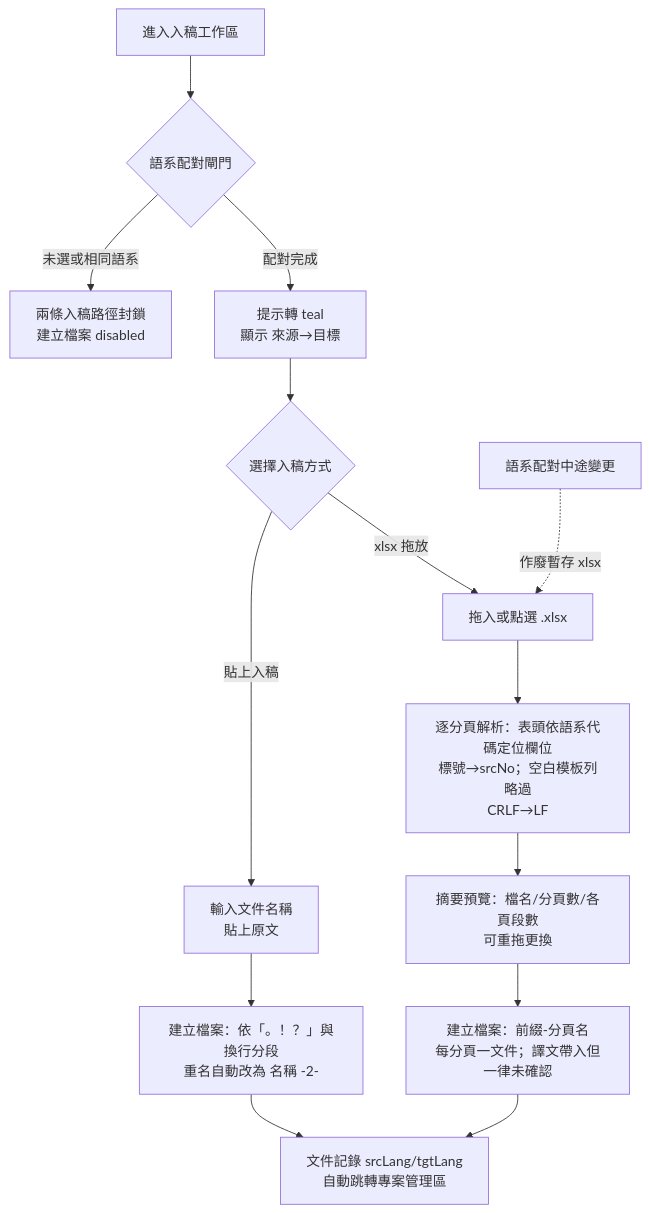
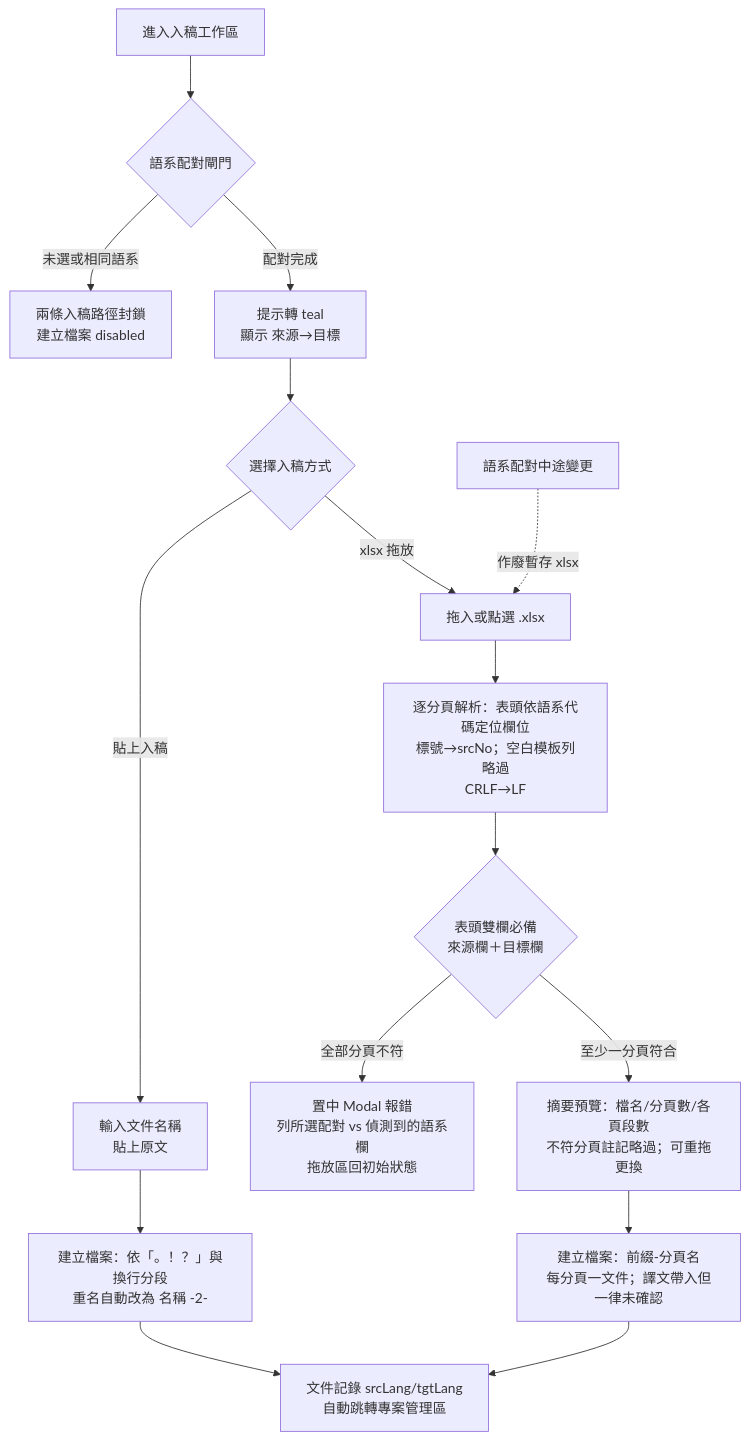
One commit to KOMATSUPEI2026/CatTool changed the first of 7 diagrams in docs/cat-tool-flowcharts.md. Above: the diagram before and after it, drawn with Mermaid. The commit also changed other lines of this file and 3 other files, not shown here.

````diff
--- a/docs/cat-tool-flowcharts.md
+++ b/docs/cat-tool-flowcharts.md
@@ -9,15 +9,17 @@
 ```mermaid
 flowchart TD
     A[進入入稿工作區] --> B{語系配對閘門}
     B -->|未選或相同語系| C[兩條入稿路徑封鎖<br>建立檔案 disabled]
     B -->|配對完成| D[提示轉 teal<br>顯示 來源→目標]
     D --> E{選擇入稿方式}
     E -->|貼上入稿| F[輸入文件名稱<br>貼上原文]
     F --> G[建立檔案：依「。！？」與換行分段<br>重名自動改為 名稱 -2-]
     E -->|xlsx 拖放| H[拖入或點選 .xlsx]
     H --> I[逐分頁解析：表頭依語系代碼定位欄位<br>標號→srcNo；空白模板列略過<br>CRLF→LF]
-    I --> J[摘要預覽：檔名/分頁數/各頁段數<br>可重拖更換]
+    I --> V{表頭雙欄必備<br>來源欄＋目標欄}
+    V -->|全部分頁不符| W[置中 Modal 報錯<br>列所選配對 vs 偵測到的語系欄<br>拖放區回初始狀態]
+    V -->|至少一分頁符合| J[摘要預覽：檔名/分頁數/各頁段數<br>不符分頁註記略過；可重拖更換]
     J --> K[建立檔案：前綴-分頁名<br>每分頁一文件；譯文帶入但一律未確認]
     G & K --> L[文件記錄 srcLang/tgtLang<br>自動跳轉專案管理區]
     M[語系配對中途變更] -.->|作廢暫存 xlsx| H
 ```
````
